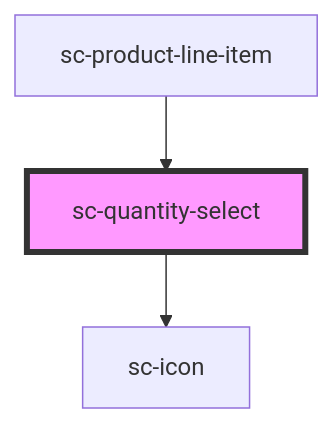
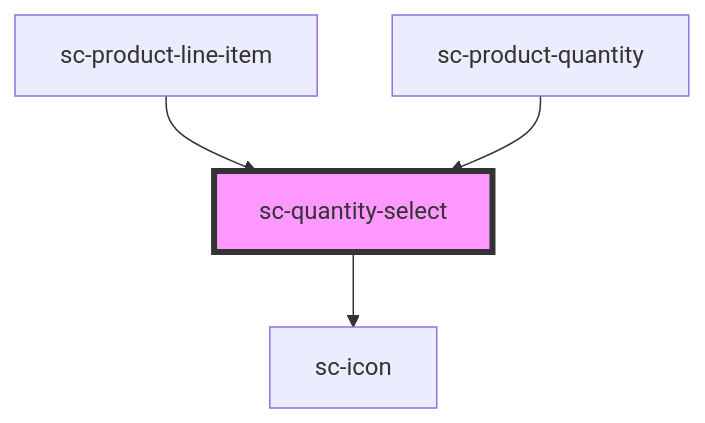
One commit to surecart/surecart-wp-plugin changed the diagram in packages/components/src/components/ui/quantity-select/readme.md. Above: the diagram before and after it, drawn with Mermaid. The commit also changed other lines of this file and 53 other files, not shown here.

````diff
--- a/packages/components/src/components/ui/quantity-select/readme.md
+++ b/packages/components/src/components/ui/quantity-select/readme.md
@@ -53,6 +55,7 @@
 ```mermaid
 graph TD;
   sc-quantity-select --> sc-icon
   sc-product-line-item --> sc-quantity-select
+  sc-product-quantity --> sc-quantity-select
   style sc-quantity-select fill:#f9f,stroke:#333,stroke-width:4px
 ```
````
